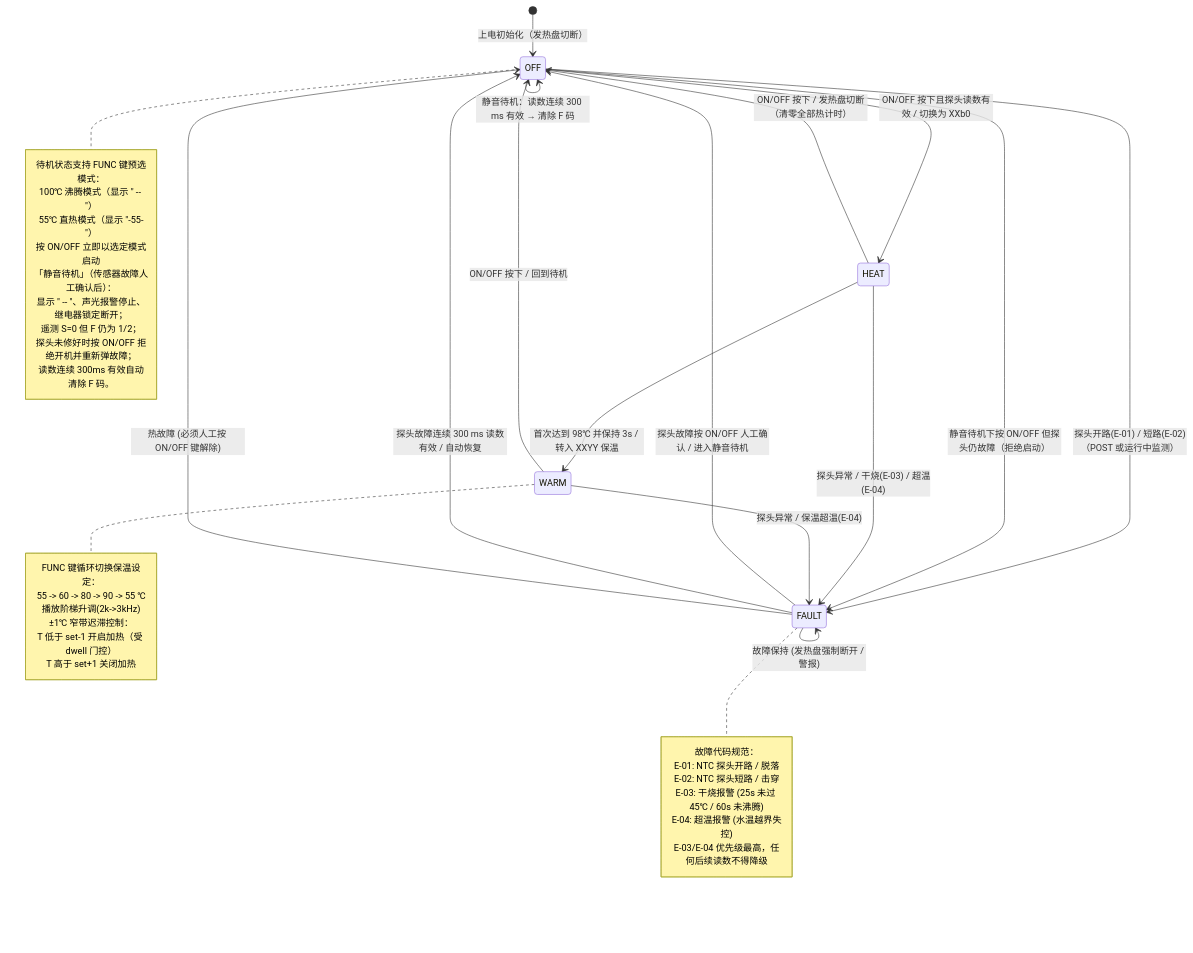
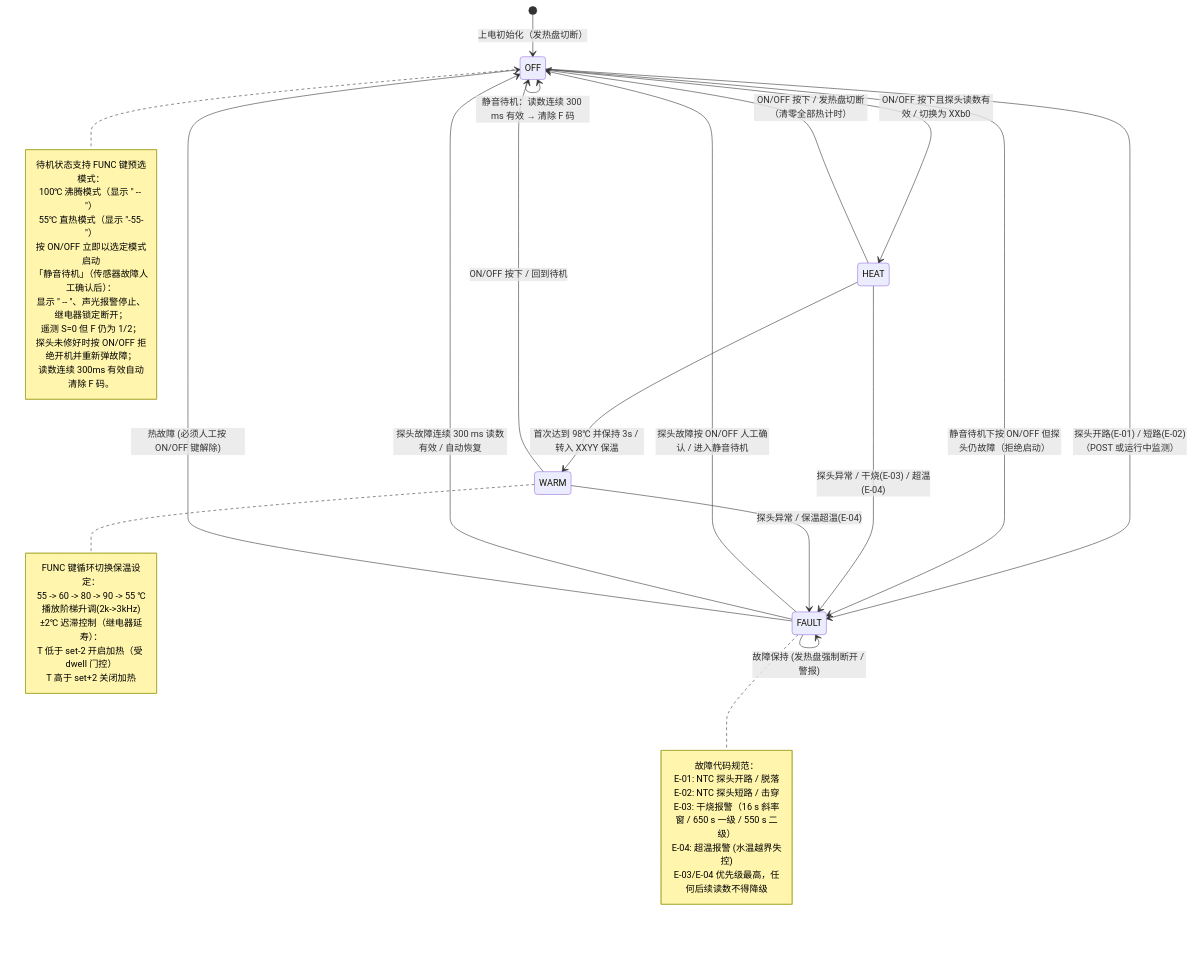
One commit to wink-cloud-hub/wink-ai-embedded changed the diagram in wink-micro-app/mcs51_health_pot/docs/DESIGN.md. Above: the diagram before and after it, drawn with Mermaid. The commit also changed other lines of this file, not shown here.

````diff
--- a/wink-micro-app/mcs51_health_pot/docs/DESIGN.md
+++ b/wink-micro-app/mcs51_health_pot/docs/DESIGN.md
@@ -92,52 +92,52 @@
 ```mermaid
 stateDiagram-v2
     [*] --> OFF : 上电初始化（发热盘切断）
 
     OFF --> HEAT : ON/OFF 按下且探头读数有效 / 切换为 XXb0
     OFF --> FAULT : 探头开路(E-01) / 短路(E-02)（POST 或运行中监测）
     OFF --> FAULT : 静音待机下按 ON/OFF 但探头仍故障（拒绝启动）
 
     HEAT --> OFF : ON/OFF 按下 / 发热盘切断（清零全部热计时）
     HEAT --> WARM : 首次达到 98℃ 并保持 3s / 转入 XXYY 保温
     HEAT --> FAULT : 探头异常 / 干烧(E-03) / 超温(E-04)
 
     WARM --> OFF : ON/OFF 按下 / 回到待机
     WARM --> FAULT : 探头异常 / 保温超温(E-04)
 
     FAULT --> OFF : 探头故障按 ON/OFF 人工确认 / 进入静音待机
     FAULT --> OFF : 探头故障连续 300 ms 读数有效 / 自动恢复
     FAULT --> OFF : 热故障 (必须人工按 ON/OFF 键解除)
     FAULT --> FAULT : 故障保持 (发热盘强制断开 / 警报)
 
     OFF --> OFF : 静音待机：读数连续 300 ms 有效 → 清除 F 码
 
     note right of WARM
         FUNC 键循环切换保温设定：
         55 -> 60 -> 80 -> 90 -> 55 ℃
         播放阶梯升调(2k->3kHz)
-        ±1℃ 窄带迟滞控制：
-        T 低于 set-1 开启加热（受 dwell 门控）
-        T 高于 set+1 关闭加热
+        ±2℃ 迟滞控制（继电器延寿）：
+        T 低于 set-2 开启加热（受 dwell 门控）
+        T 高于 set+2 关闭加热
     end note
 
     note right of OFF
         待机状态支持 FUNC 键预选模式：
         100℃ 沸腾模式（显示 " -- "）
         55℃ 直热模式（显示 "-55-"）
         按 ON/OFF 立即以选定模式启动
         「静音待机」（传感器故障人工确认后）：
         显示 " -- "、声光报警停止、继电器锁定断开；
         遥测 S=0 但 F 仍为 1/2；
         探头未修好时按 ON/OFF 拒绝开机并重新弹故障；
         读数连续 300ms 有效自动清除 F 码。
     end note
 
     note right of FAULT
         故障代码规范：
         E-01: NTC 探头开路 / 脱落
         E-02: NTC 探头短路 / 击穿
-        E-03: 干烧报警 (25s 未过 45℃ / 60s 未沸腾)
+        E-03: 干烧报警（16 s 斜率窗 / 650 s 一级 / 550 s 二级）
         E-04: 超温报警 (水温越界失控)
         E-03/E-04 优先级最高，任何后续读数不得降级
     end note
 ```
````
